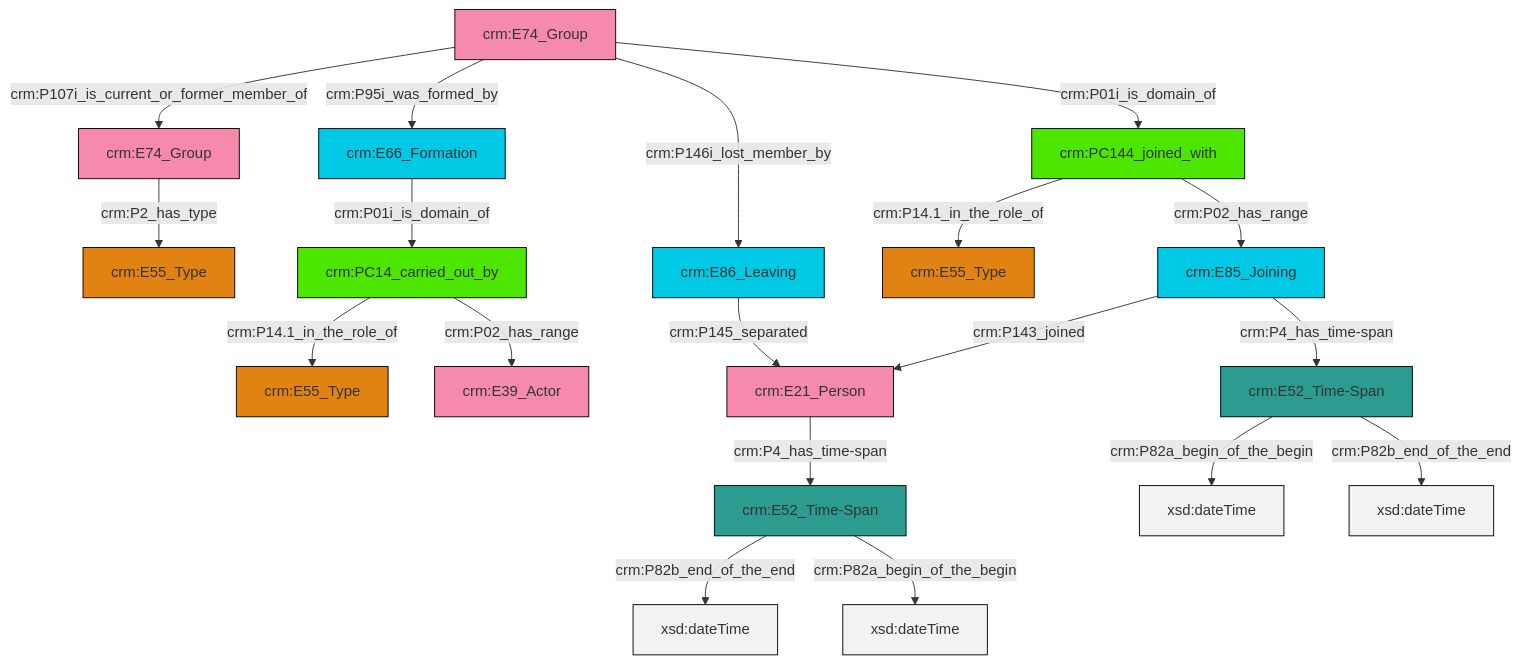
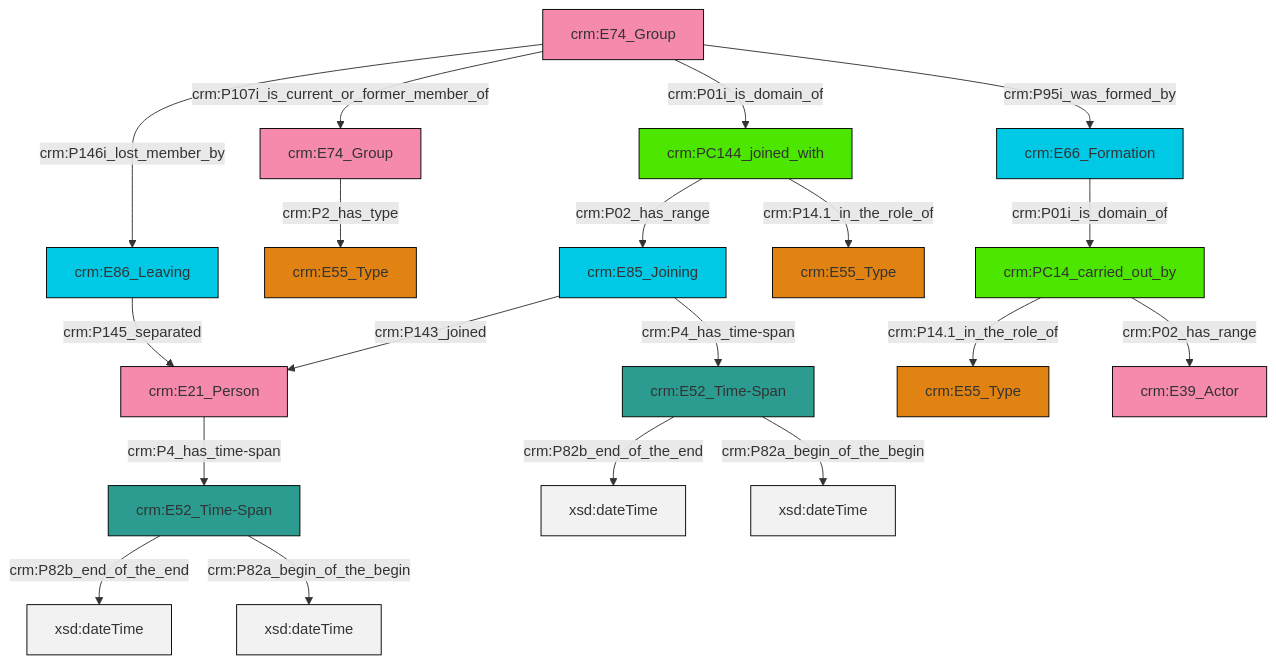
The diagram in et/groupCSV/ttl/mmd/group_actor_relations.ttl.mmd (swiss-art-research-net/reference-data-models), drawn with Mermaid before and after one commit. The commit also changed 128 other files, not shown here.

```diff
--- a/et/groupCSV/ttl/mmd/group_actor_relations.ttl.mmd
+++ b/et/groupCSV/ttl/mmd/group_actor_relations.ttl.mmd
@@ -1,33 +1,33 @@
 graph TD
 classDef Literal fill:#f2f2f2,stroke:#000000;
 classDef CRM_Entity fill:#FFFFFF,stroke:#000000;
 classDef Temporal_Entity fill:#00C9E6, stroke:#000000;
 classDef Type fill:#E18312, stroke:#000000;
 classDef Time-Span fill:#2C9C91, stroke:#000000;
 classDef Appellation fill:#FFEB7F, stroke:#000000;
 classDef Place fill:#008836, stroke:#000000;
 classDef Persistent_Item fill:#B266B2, stroke:#000000;
 classDef Conceptual_Object fill:#FFD700, stroke:#000000;
 classDef Physical_Thing fill:#D2B48C, stroke:#000000;
 classDef Actor fill:#f58aad, stroke:#000000;
 classDef PC_Classes fill:#4ce600, stroke:#000000;
 classDef Multi fill:#cccccc,stroke:#000000;
 
-0["crm:E21_Person"]:::Actor -->|crm:P4_has_time-span| 1["crm:E52_Time-Span"]:::Time-Span
-2["crm:E74_Group"]:::Actor -->|crm:P107i_is_current_or_former_member_of| 3["crm:E74_Group"]:::Actor
-7["crm:PC144_joined_with"]:::PC_Classes -->|crm:P14.1_in_the_role_of| 8["crm:E55_Type"]:::Type
-13["crm:E86_Leaving"]:::Temporal_Entity -->|crm:P145_separated| 0["crm:E21_Person"]:::Actor
-2["crm:E74_Group"]:::Actor -->|crm:P95i_was_formed_by| 14["crm:E66_Formation"]:::Temporal_Entity
-2["crm:E74_Group"]:::Actor -->|crm:P146i_lost_member_by| 13["crm:E86_Leaving"]:::Temporal_Entity
-1["crm:E52_Time-Span"]:::Time-Span -->|crm:P82b_end_of_the_end| 20[xsd:dateTime]:::Literal
-21["crm:E85_Joining"]:::Temporal_Entity -->|crm:P143_joined| 0["crm:E21_Person"]:::Actor
-17["crm:PC14_carried_out_by"]:::PC_Classes -->|crm:P14.1_in_the_role_of| 22["crm:E55_Type"]:::Type
-14["crm:E66_Formation"]:::Temporal_Entity -->|crm:P01i_is_domain_of| 17["crm:PC14_carried_out_by"]:::PC_Classes
-7["crm:PC144_joined_with"]:::PC_Classes -->|crm:P02_has_range| 21["crm:E85_Joining"]:::Temporal_Entity
-24["crm:E52_Time-Span"]:::Time-Span -->|crm:P82a_begin_of_the_begin| 25[xsd:dateTime]:::Literal
-24["crm:E52_Time-Span"]:::Time-Span -->|crm:P82b_end_of_the_end| 28[xsd:dateTime]:::Literal
-3["crm:E74_Group"]:::Actor -->|crm:P2_has_type| 9["crm:E55_Type"]:::Type
-21["crm:E85_Joining"]:::Temporal_Entity -->|crm:P4_has_time-span| 24["crm:E52_Time-Span"]:::Time-Span
-2["crm:E74_Group"]:::Actor -->|crm:P01i_is_domain_of| 7["crm:PC144_joined_with"]:::PC_Classes
-17["crm:PC14_carried_out_by"]:::PC_Classes -->|crm:P02_has_range| 5["crm:E39_Actor"]:::Actor
-1["crm:E52_Time-Span"]:::Time-Span -->|crm:P82a_begin_of_the_begin| 33[xsd:dateTime]:::Literal
+0["crm:E52_Time-Span"]:::Time-Span -->|crm:P82b_end_of_the_end| 1[xsd:dateTime]:::Literal
+0["crm:E52_Time-Span"]:::Time-Span -->|crm:P82a_begin_of_the_begin| 2[xsd:dateTime]:::Literal
+5["crm:PC14_carried_out_by"]:::PC_Classes -->|crm:P14.1_in_the_role_of| 7["crm:E55_Type"]:::Type
+8["crm:E85_Joining"]:::Temporal_Entity -->|crm:P143_joined| 9["crm:E21_Person"]:::Actor
+10["crm:E52_Time-Span"]:::Time-Span -->|crm:P82b_end_of_the_end| 11[xsd:dateTime]:::Literal
+15["crm:E74_Group"]:::Actor -->|crm:P146i_lost_member_by| 16["crm:E86_Leaving"]:::Temporal_Entity
+15["crm:E74_Group"]:::Actor -->|crm:P107i_is_current_or_former_member_of| 12["crm:E74_Group"]:::Actor
+10["crm:E52_Time-Span"]:::Time-Span -->|crm:P82a_begin_of_the_begin| 17[xsd:dateTime]:::Literal
+20["crm:PC144_joined_with"]:::PC_Classes -->|crm:P02_has_range| 8["crm:E85_Joining"]:::Temporal_Entity
+9["crm:E21_Person"]:::Actor -->|crm:P4_has_time-span| 0["crm:E52_Time-Span"]:::Time-Span
+8["crm:E85_Joining"]:::Temporal_Entity -->|crm:P4_has_time-span| 10["crm:E52_Time-Span"]:::Time-Span
+5["crm:PC14_carried_out_by"]:::PC_Classes -->|crm:P02_has_range| 21["crm:E39_Actor"]:::Actor
+12["crm:E74_Group"]:::Actor -->|crm:P2_has_type| 25["crm:E55_Type"]:::Type
+15["crm:E74_Group"]:::Actor -->|crm:P01i_is_domain_of| 20["crm:PC144_joined_with"]:::PC_Classes
+20["crm:PC144_joined_with"]:::PC_Classes -->|crm:P14.1_in_the_role_of| 3["crm:E55_Type"]:::Type
+16["crm:E86_Leaving"]:::Temporal_Entity -->|crm:P145_separated| 9["crm:E21_Person"]:::Actor
+15["crm:E74_Group"]:::Actor -->|crm:P95i_was_formed_by| 18["crm:E66_Formation"]:::Temporal_Entity
+18["crm:E66_Formation"]:::Temporal_Entity -->|crm:P01i_is_domain_of| 5["crm:PC14_carried_out_by"]:::PC_Classes
```
